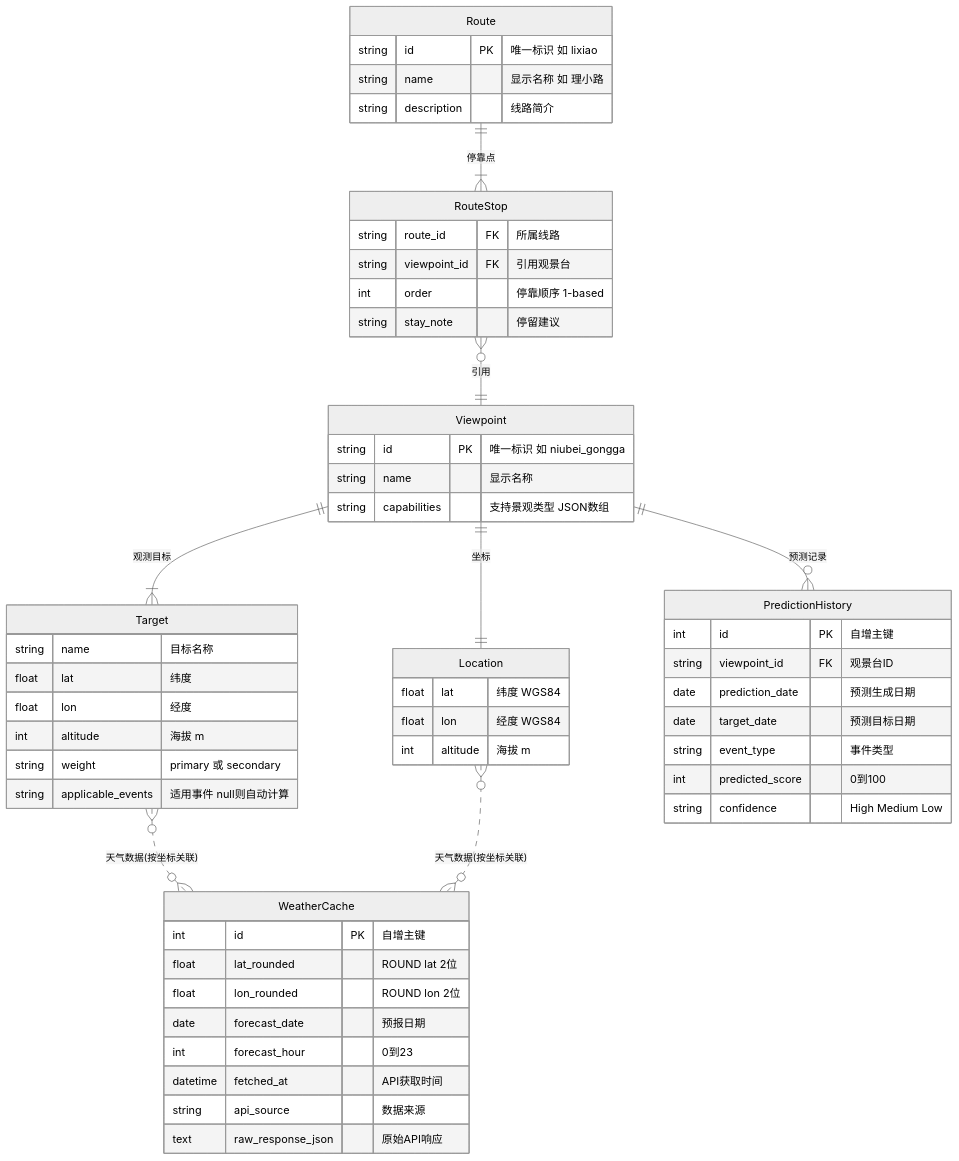
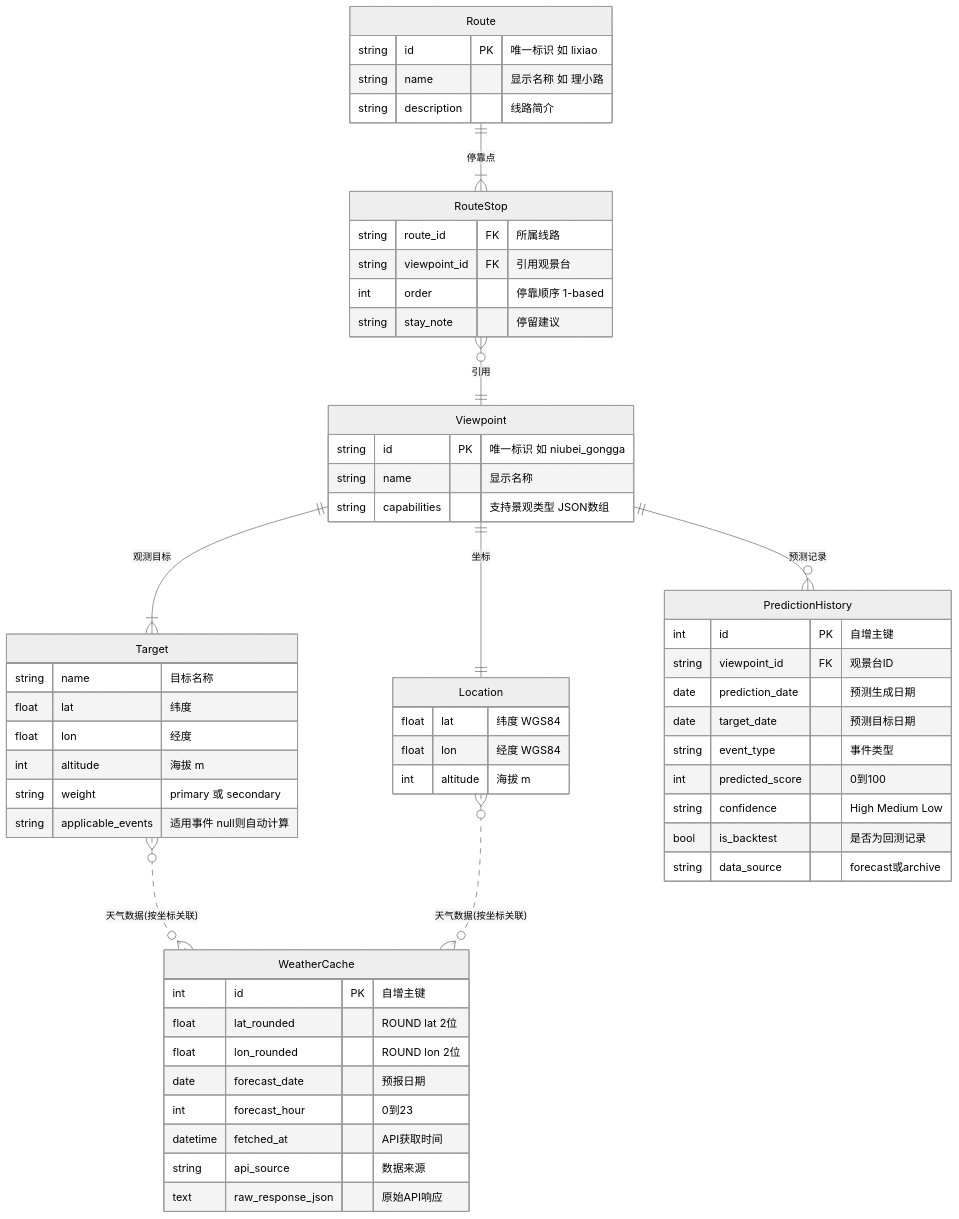
Before and after one commit to mpb159753/golden-moment-predictor: the diagram in design/02-data-model.md, drawn with Mermaid (neutral theme). The commit also changed other lines of this file and 123 other files, not shown here.

````diff
--- a/design/02-data-model.md
+++ b/design/02-data-model.md
@@ -5,59 +5,61 @@
 ```mermaid
 erDiagram
     Viewpoint ||--|| Location : "坐标"
     Viewpoint ||--|{ Target : "观测目标"
     Viewpoint ||--o{ PredictionHistory : "预测记录"
     Route ||--|{ RouteStop : "停靠点"
     RouteStop }o--|| Viewpoint : "引用"
     Target }o..o{ WeatherCache : "天气数据(按坐标关联)"
     Location }o..o{ WeatherCache : "天气数据(按坐标关联)"
 
     Route {
         string id PK "唯一标识 如 lixiao"
         string name "显示名称 如 理小路"
         string description "线路简介"
     }
     RouteStop {
         string route_id FK "所属线路"
         string viewpoint_id FK "引用观景台"
         int order "停靠顺序 1-based"
         string stay_note "停留建议"
     }
     Viewpoint {
         string id PK "唯一标识 如 niubei_gongga"
         string name "显示名称"
         string capabilities "支持景观类型 JSON数组"
     }
     Location {
         float lat "纬度 WGS84"
         float lon "经度 WGS84"
         int altitude "海拔 m"
     }
     Target {
         string name "目标名称"
         float lat "纬度"
         float lon "经度"
         int altitude "海拔 m"
         string weight "primary 或 secondary"
         string applicable_events "适用事件 null则自动计算"
     }
     WeatherCache {
         int id PK "自增主键"
         float lat_rounded "ROUND lat 2位"
         float lon_rounded "ROUND lon 2位"
         date forecast_date "预报日期"
         int forecast_hour "0到23"
         datetime fetched_at "API获取时间"
         string api_source "数据来源"
         text raw_response_json "原始API响应"
     }
     PredictionHistory {
         int id PK "自增主键"
         string viewpoint_id FK "观景台ID"
         date prediction_date "预测生成日期"
         date target_date "预测目标日期"
         string event_type "事件类型"
         int predicted_score "0到100"
         string confidence "High Medium Low"
+        bool is_backtest "是否为回测记录"
+        string data_source "forecast或archive"
     }
 ```
````
